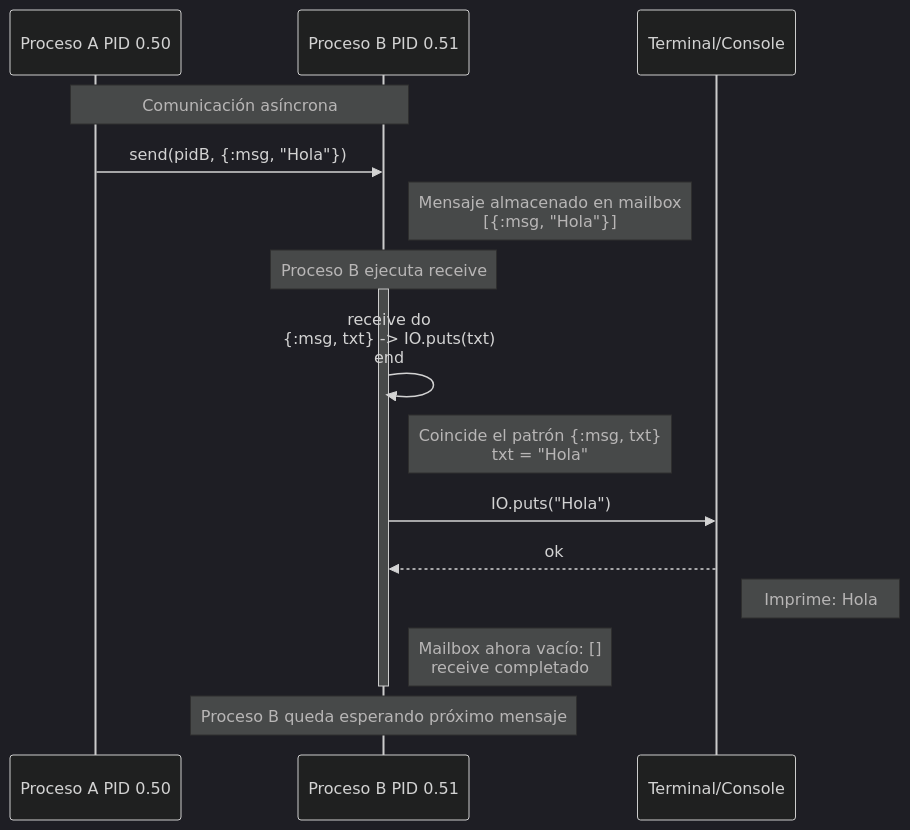
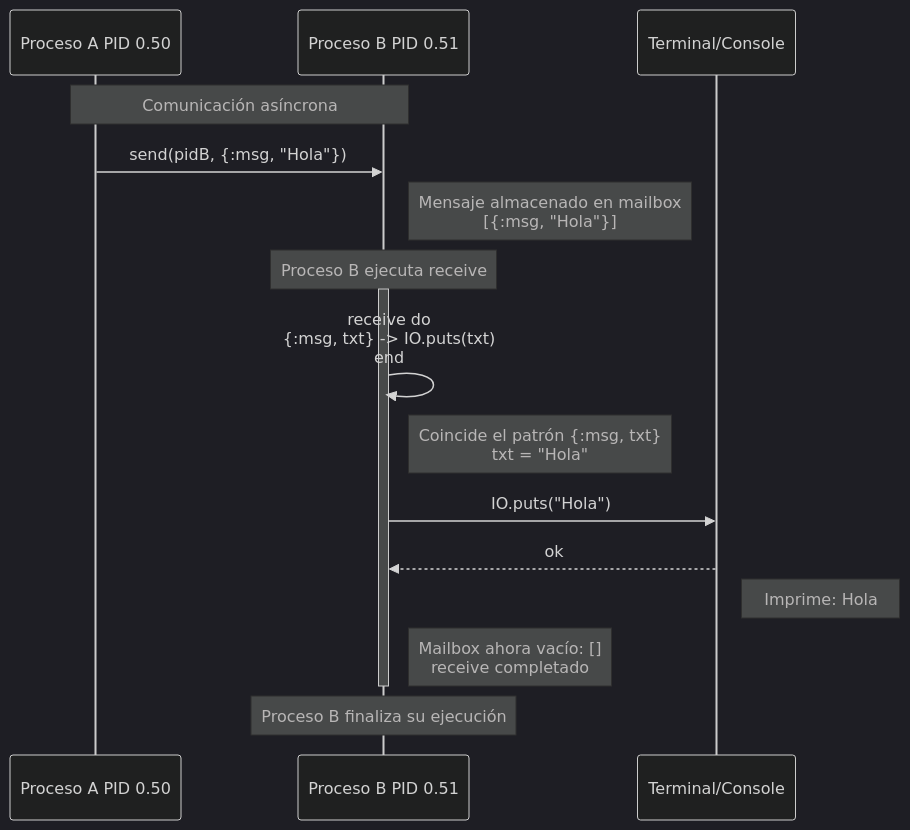
The first of 2 diagrams in docs/10.procesos.md (caflorezvi/guias-programacion3), drawn with Mermaid (dark theme) before and after one commit. The commit also changed other lines of this file and 1 other file, not shown here.

```diff
--- a/docs/10.procesos.md
+++ b/docs/10.procesos.md
@@ -138,25 +140,25 @@
 <div class="mermaid" style="text-align: center;">
 sequenceDiagram
     participant A as Proceso A PID 0.50
     participant B as Proceso B PID 0.51
     participant Console as Terminal/Console
     
     Note over A,B: Comunicación asíncrona
     
     A->>B: send(pidB, {:msg, "Hola"})
     Note right of B: Mensaje almacenado en mailbox<br/>[{:msg, "Hola"}]
     
     Note over B: Proceso B ejecuta receive
     activate B
     B->>B: receive do<br/>{:msg, txt} -> IO.puts(txt)<br/>end
     Note right of B: Coincide el patrón {:msg, txt}<br/>txt = "Hola"
     
     B->>Console: IO.puts("Hola")
     Console-->>B: ok
     Note right of Console: Imprime: Hola
     
     Note right of B: Mailbox ahora vacío: []<br/>receive completado
     deactivate B
     
-    Note over B: Proceso B queda esperando próximo mensaje
+    Note over B: Proceso B finaliza su ejecución
 </div>
```
